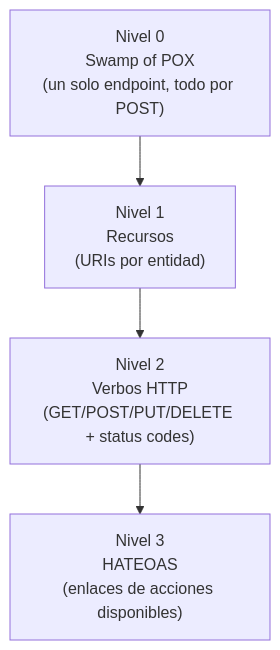
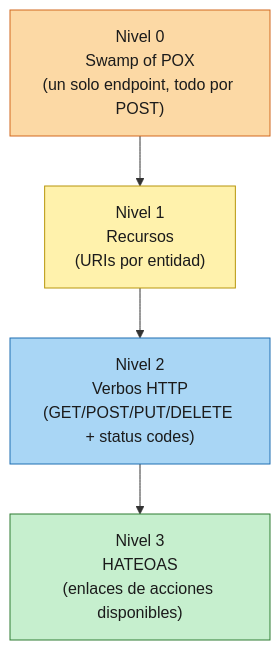
Before and after one commit to dmarafetti/up-arquitectura-web: the second of 2 diagrams in modulos/Apunte_final_modulo_3.md, drawn with Mermaid. The commit also changed other lines of this file, not shown here.

First line of the commit message:
docs: agregar Anexo 2 con comparación REST vs. GraphQL en módulo 3

````diff
--- a/modulos/Apunte_final_modulo_3.md
+++ b/modulos/Apunte_final_modulo_3.md
@@ -176,6 +176,11 @@
 ```mermaid
 flowchart TD
   N0["Nivel 0<br/>Swamp of POX<br/>(un solo endpoint, todo por POST)"] --> N1["Nivel 1<br/>Recursos<br/>(URIs por entidad)"]
   N1 --> N2["Nivel 2<br/>Verbos HTTP<br/>(GET/POST/PUT/DELETE + status codes)"]
   N2 --> N3["Nivel 3<br/>HATEOAS<br/>(enlaces de acciones disponibles)"]
+
+  style N0 fill:#fcd9a5,stroke:#d2691e,color:#1b1b1b
+  style N1 fill:#fff2ac,stroke:#b8960c,color:#1b1b1b
+  style N2 fill:#a9d6f5,stroke:#1f6fb2,color:#1b1b1b
+  style N3 fill:#c6efce,stroke:#2e7d32,color:#1b1b1b
 ```
````
